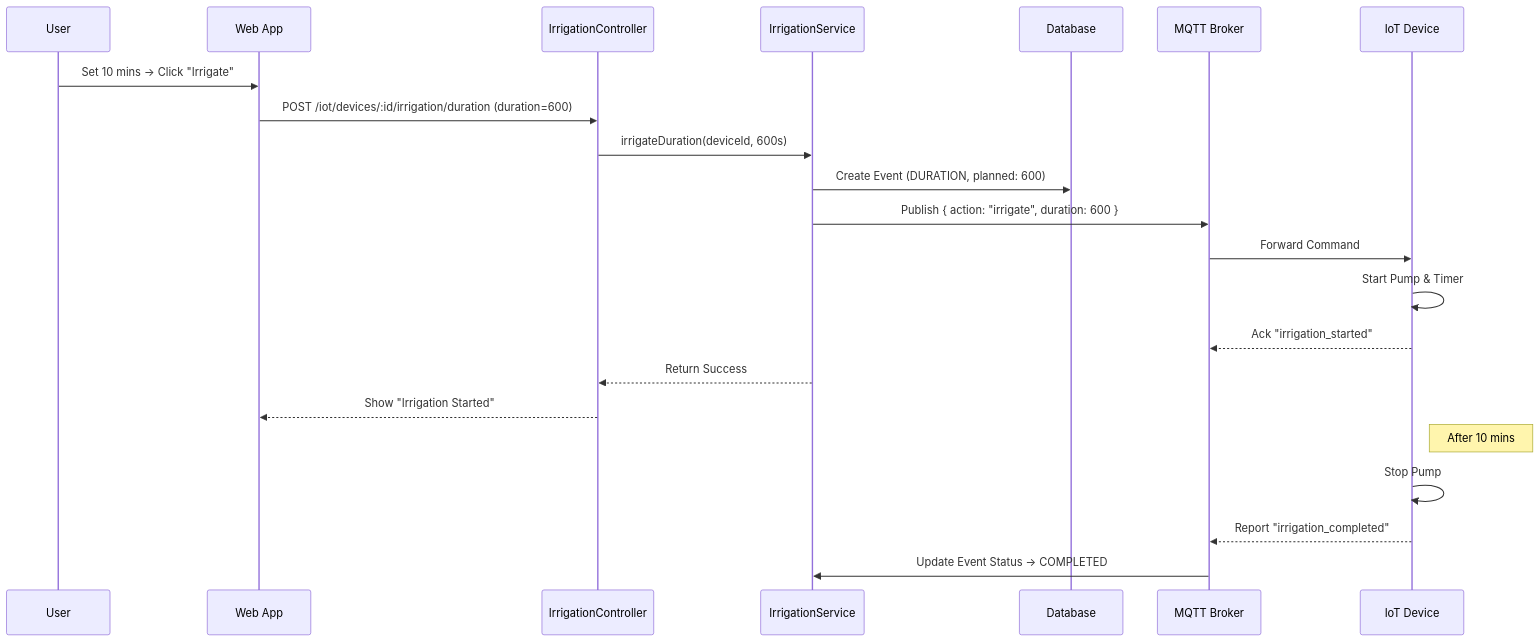
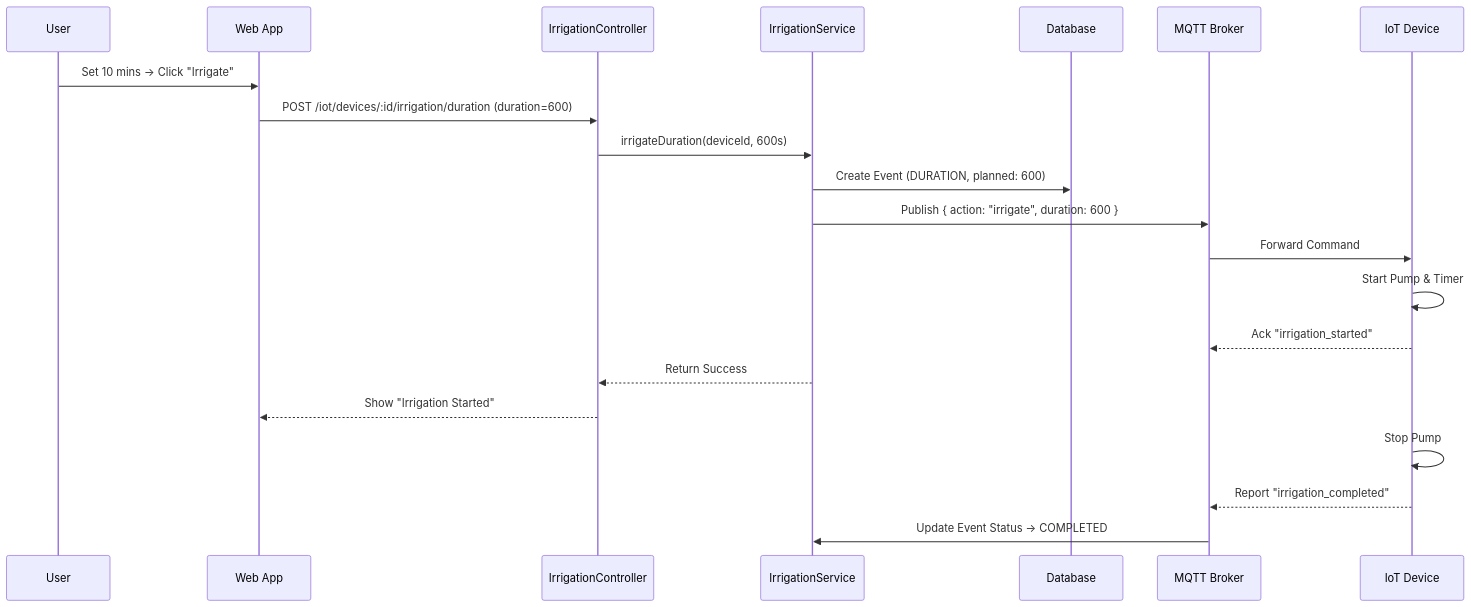
Before and after one commit to duong4444/agribot-dev: the third of 4 diagrams in DOC-TTCS/iot_dashboard_docs.md, drawn with Mermaid. The commit also changed other lines of this file and 10 other files, not shown here.

````diff
--- a/DOC-TTCS/iot_dashboard_docs.md
+++ b/DOC-TTCS/iot_dashboard_docs.md
@@ -110,29 +110,28 @@
 ```mermaid
 sequenceDiagram
     participant U as User
     participant FE as Web App
     participant CTL as IrrigationController
     participant SVC as IrrigationService
     participant DB as Database
     participant MQ as MQTT Broker
     participant DV as IoT Device
 
     U->>FE: Set 10 mins -> Click "Irrigate"
     FE->>CTL: POST /iot/devices/:id/irrigation/duration (duration=600)
     CTL->>SVC: irrigateDuration(deviceId, 600s)
     
     SVC->>DB: Create Event (DURATION, planned: 600)
     SVC->>MQ: Publish { action: "irrigate", duration: 600 }
     
     MQ->>DV: Forward Command
     DV->>DV: Start Pump & Timer
     DV-->>MQ: Ack "irrigation_started"
     
     SVC-->>CTL: Return Success
     CTL-->>FE: Show "Irrigation Started"
     
-    note right of DV: After 10 mins
     DV->>DV: Stop Pump
     DV-->>MQ: Report "irrigation_completed"
     MQ->>SVC: Update Event Status -> COMPLETED
 ```
````
